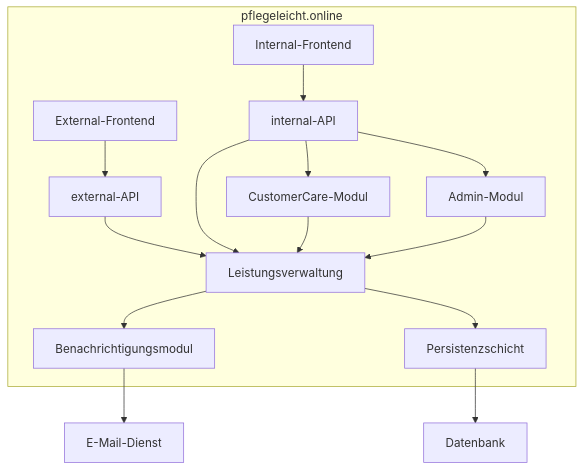
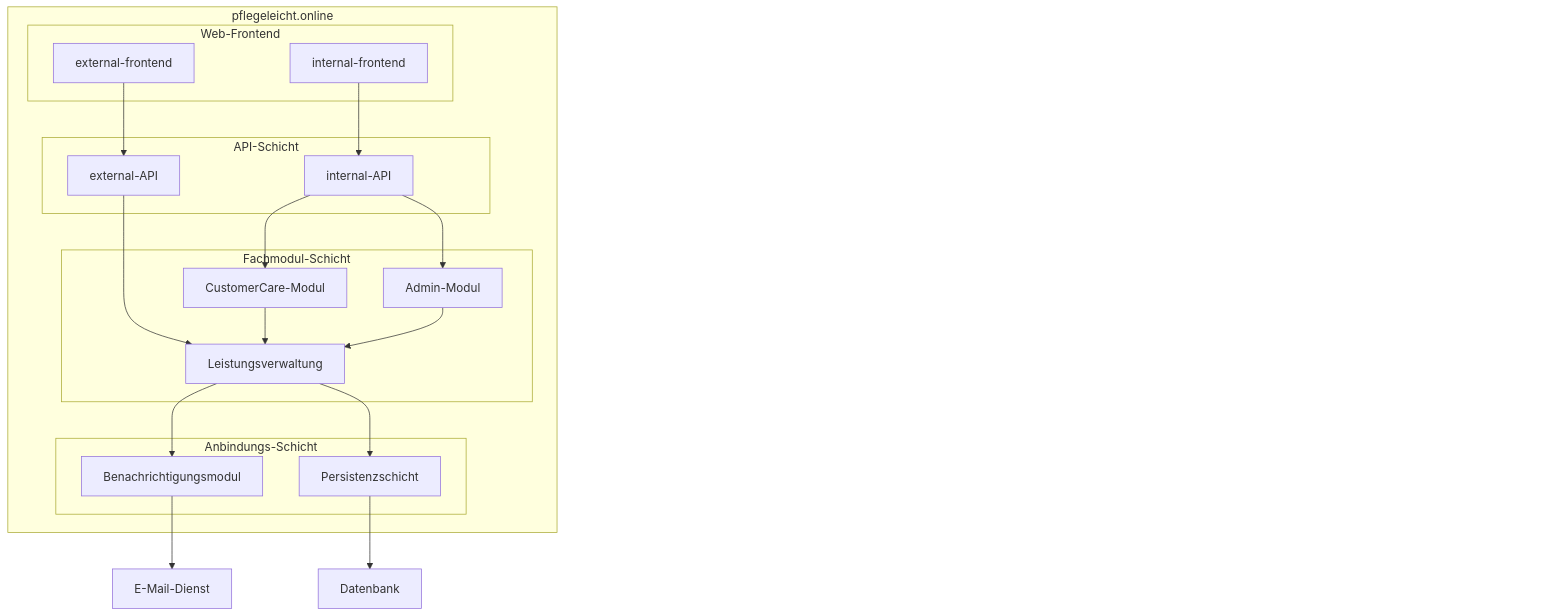
Before and after one commit to jomatotu/pflegeleicht: the diagram in documentation/architecture/bausteinsicht.md, drawn with Mermaid. The commit also changed other lines of this file, not shown here.

Commit message:
Refactor architecture documentation for `pflegeleicht.online` by restructuring the context diagram into layered subgraphs for better clarity. Added detailed descriptions of each layer's components and their roles within the system architecture.

````diff
--- a/documentation/architecture/bausteinsicht.md
+++ b/documentation/architecture/bausteinsicht.md
@@ -7,30 +7,48 @@
 ```mermaid
 flowchart TB
     subgraph system["pflegeleicht.online"]
-        web-extern["External-Frontend"]
-        web-intern["Internal-Frontend"]
-        service-extern["external-API"]
-        service-intern["internal-API"]
-        leistung["Leistungsverwaltung"]
-        admin["Admin-Modul"]
-        customercare["CustomerCare-Modul"]
-        notify["Benachrichtigungsmodul"]
-        repo["Persistenzschicht"]
+        subgraph layer1["Web-Frontend"]
+            web-extern["external-frontend"]
+            web-intern["internal-frontend"]
+        end
+
+        subgraph layer2["API-Schicht"]
+            service-extern["external-API"]
+            service-intern["internal-API"]
+        end
+
+        subgraph layer3["Fachmodul-Schicht"]
+            leistung["Leistungsverwaltung"]
+            admin["Admin-Modul"]
+            customercare["CustomerCare-Modul"]
+        end
+
+        subgraph layer4["Anbindungs-Schicht"]
+            notify["Benachrichtigungsmodul"]
+            repo["Persistenzschicht"]
+        end
     end
 
     email["E-Mail-Dienst"]
     db["Datenbank"]
 
     web-extern --> service-extern
     web-intern --> service-intern
     service-extern --> leistung
-    service-intern --> leistung
     service-intern --> admin
     service-intern --> customercare
     customercare --> leistung
     admin --> leistung
     leistung --> notify
     leistung --> repo
     notify --> email
     repo --> db
+
+    style api-spacer fill:transparent,stroke:transparent,color:transparent
+    style api-spacer-2 fill:transparent,stroke:transparent,color:transparent
+    style api-spacer-3 fill:transparent,stroke:transparent,color:transparent
+    style layer1-pad fill:transparent,stroke:transparent,color:transparent
+    style layer2-pad fill:transparent,stroke:transparent,color:transparent
+    style layer3-pad fill:transparent,stroke:transparent,color:transparent
+    style layer4-pad fill:transparent,stroke:transparent,color:transparent
 ```
````
